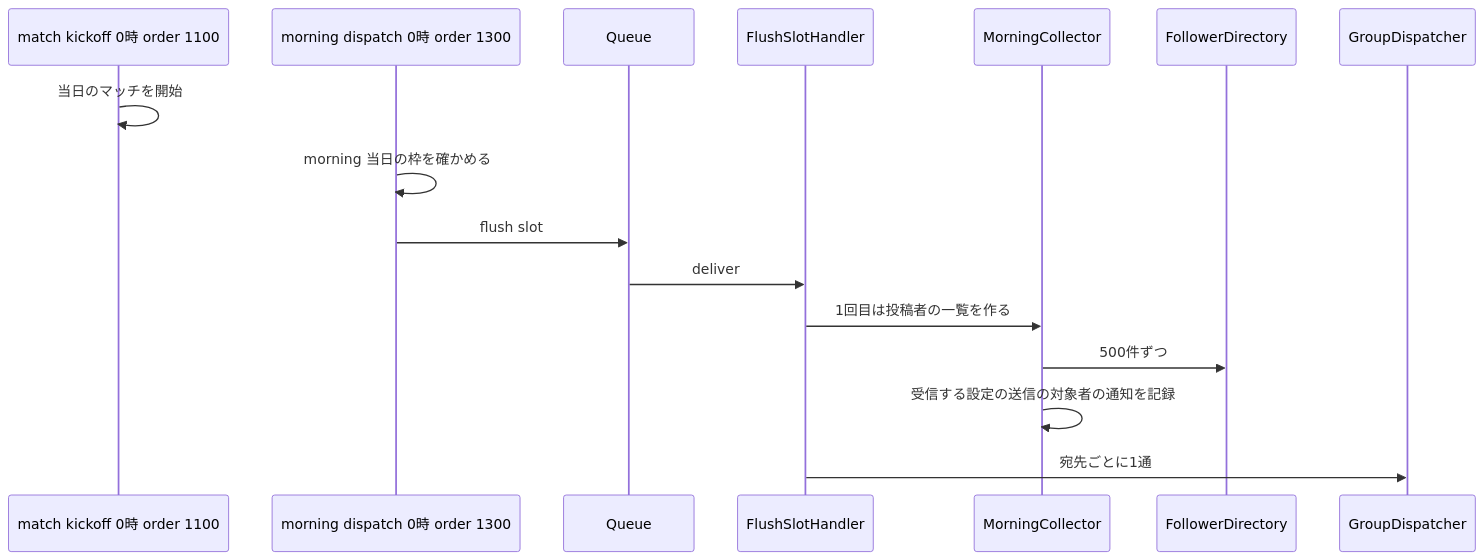
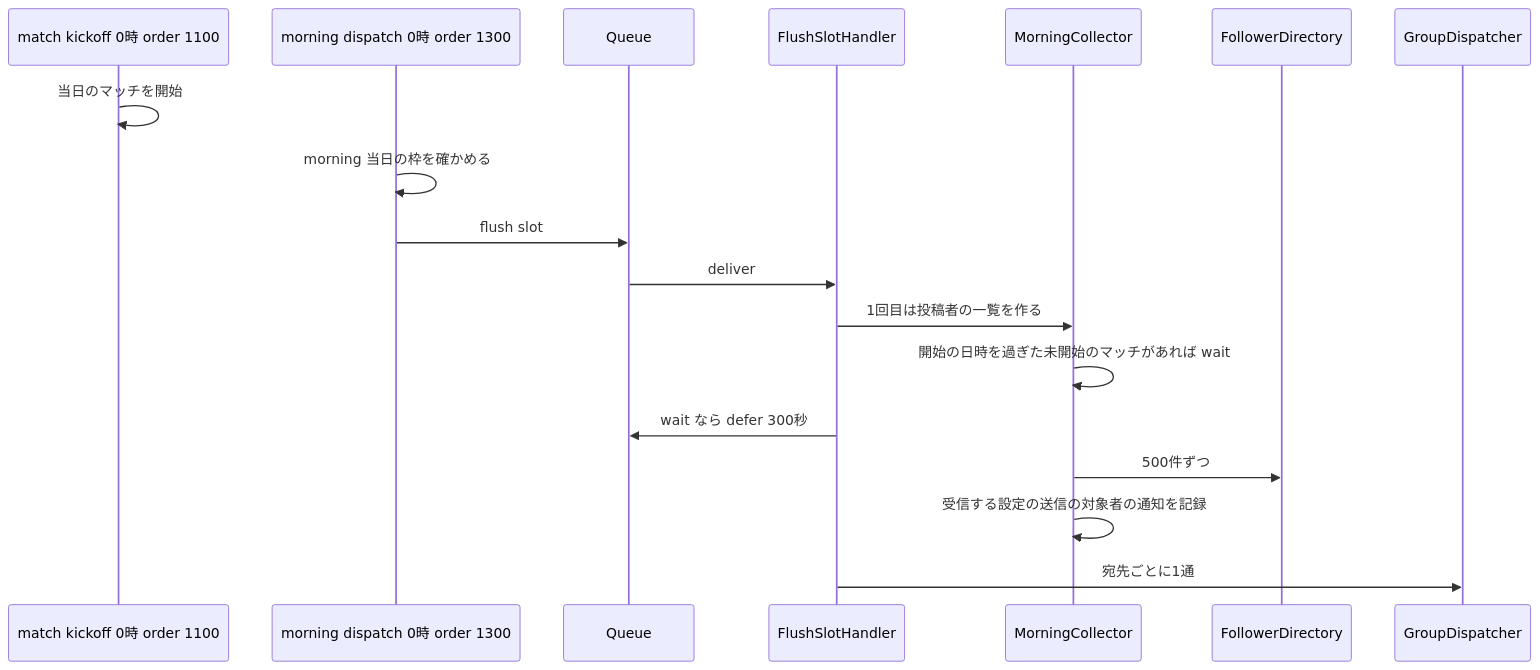
Before and after one commit to kurachiweb/genai-example-2-launch-platform: the fourth of 7 diagrams in .kiro/specs/notifications/design.md, drawn with Mermaid. The commit also changed other lines of this file and 4 other files, not shown here.

````diff
--- a/.kiro/specs/notifications/design.md
+++ b/.kiro/specs/notifications/design.md
@@ -396,18 +412,20 @@
 ```mermaid
 sequenceDiagram
     participant ME as match kickoff 0時 order 1100
     participant J as morning dispatch 0時 order 1300
     participant Q as Queue
     participant F as FlushSlotHandler
     participant C as MorningCollector
     participant FD as FollowerDirectory
     participant D as GroupDispatcher
     ME->>ME: 当日のマッチを開始
     J->>J: morning 当日の枠を確かめる
     J->>Q: flush slot
     Q->>F: deliver
     F->>C: 1回目は投稿者の一覧を作る
+    C->>C: 開始の日時を過ぎた未開始のマッチがあれば wait
+    F->>Q: wait なら defer 300秒
     C->>FD: 500件ずつ
     C->>C: 受信する設定の送信の対象者の通知を記録
     F->>D: 宛先ごとに1通
 ```
````
